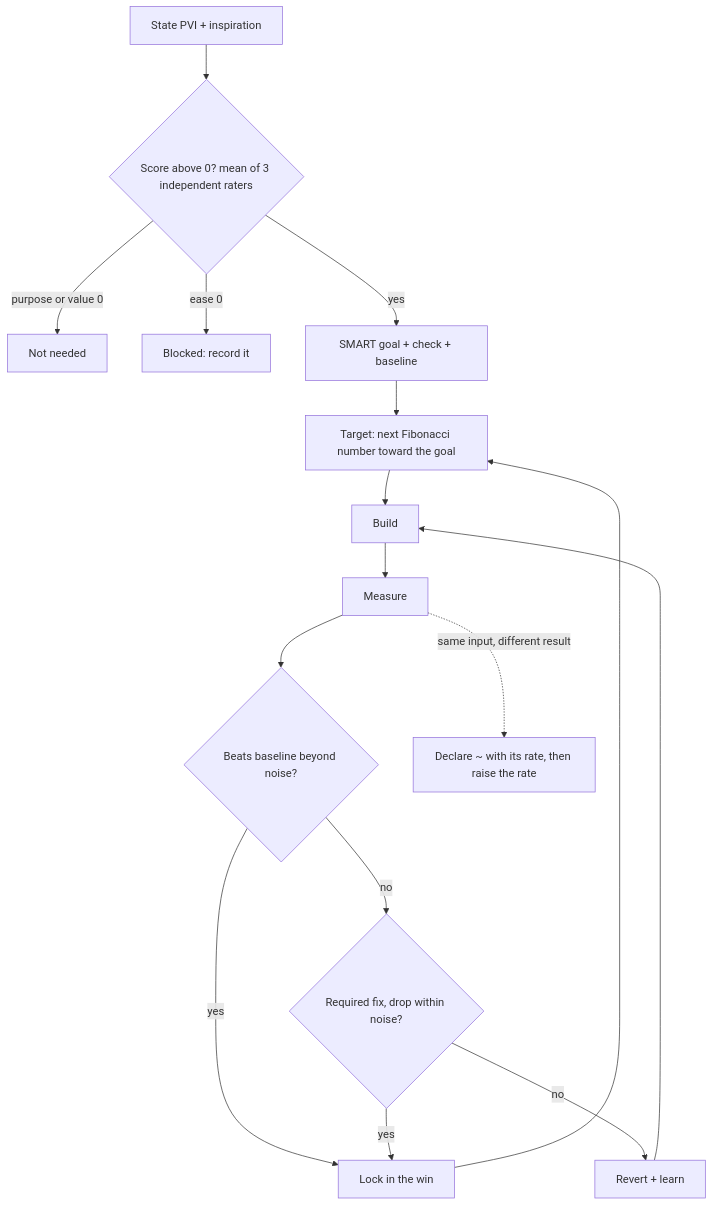
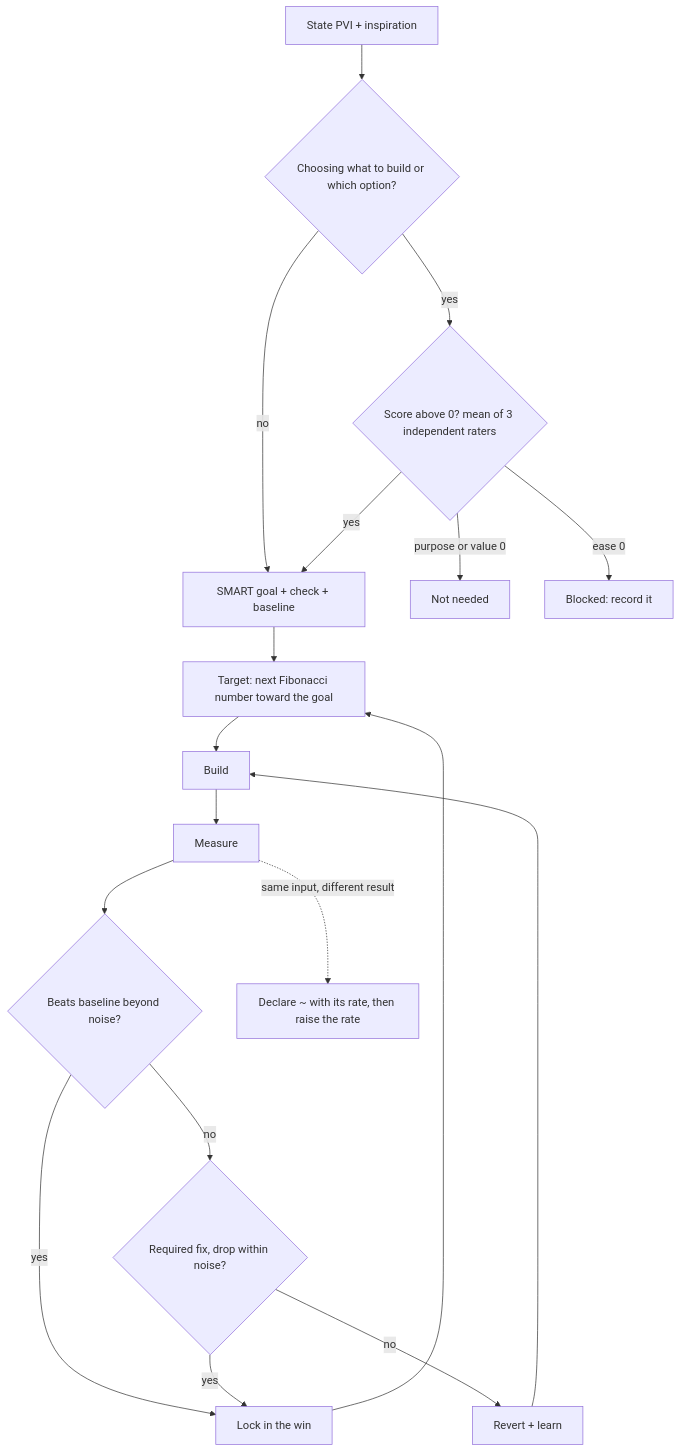
The seventh of 14 diagrams in AGENTS.md (SolenixAI/arbiter), drawn with Mermaid before and after one commit. The commit also changed other lines of this file, not shown here.

First line of the commit message:
docs(agents): reverse chronology from now; OKF trust framework; score when choosing (#17)

````diff
--- a/AGENTS.md
+++ b/AGENTS.md
@@ -300,14 +303,16 @@
 ```mermaid
 flowchart TD
-  PV[State PVI + inspiration] --> S{Score above 0? mean of 3 independent raters}
+  PV[State PVI + inspiration] --> CH{Choosing what to build or which option?}
+  CH -->|yes| S{Score above 0? mean of 3 independent raters}
+  CH -->|no| G
   S -->|purpose or value 0| N[Not needed]
   S -->|ease 0| B[Blocked: record it]
   S -->|yes| G[SMART goal + check + baseline]
   G --> T[Target: next Fibonacci number toward the goal] --> BU[Build] --> M[Measure]
   M --> K{Beats baseline beyond noise?}
   K -->|yes| L[Lock in the win] --> T
   K -->|no| RF{Required fix, drop within noise?}
   RF -->|yes| L
   RF -->|no| R[Revert + learn] --> BU
   M -.->|same input, different result| Z["Declare ~ with its rate, then raise the rate"]
 ```
````
